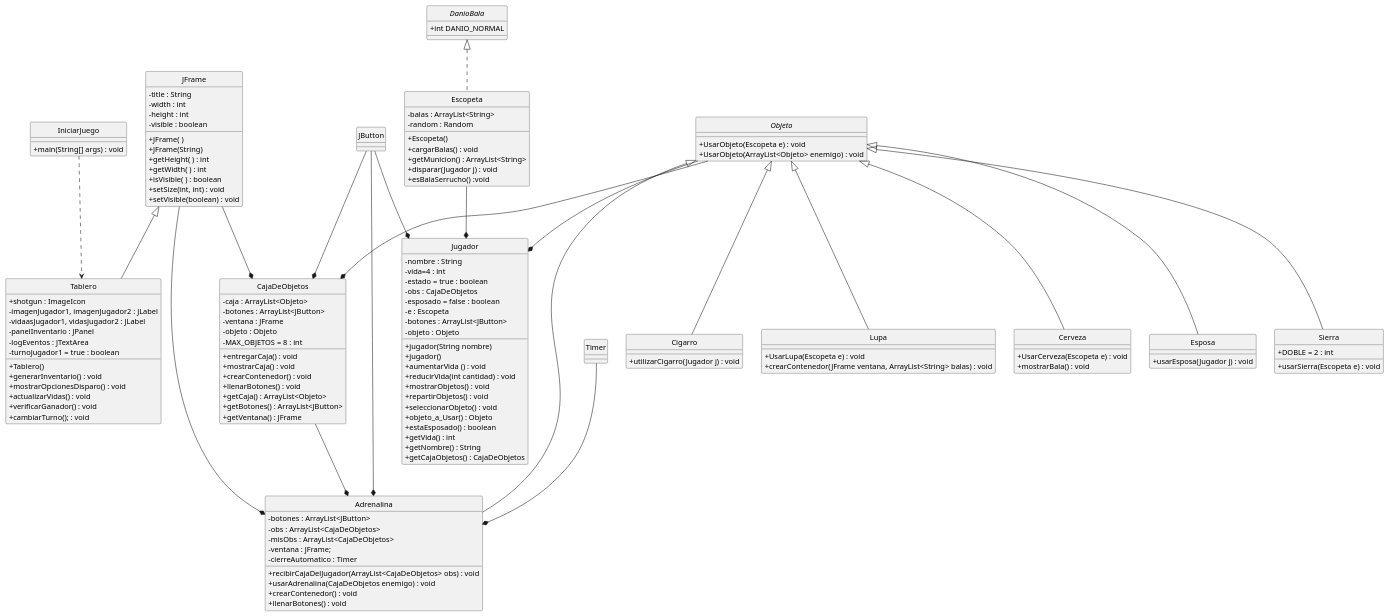
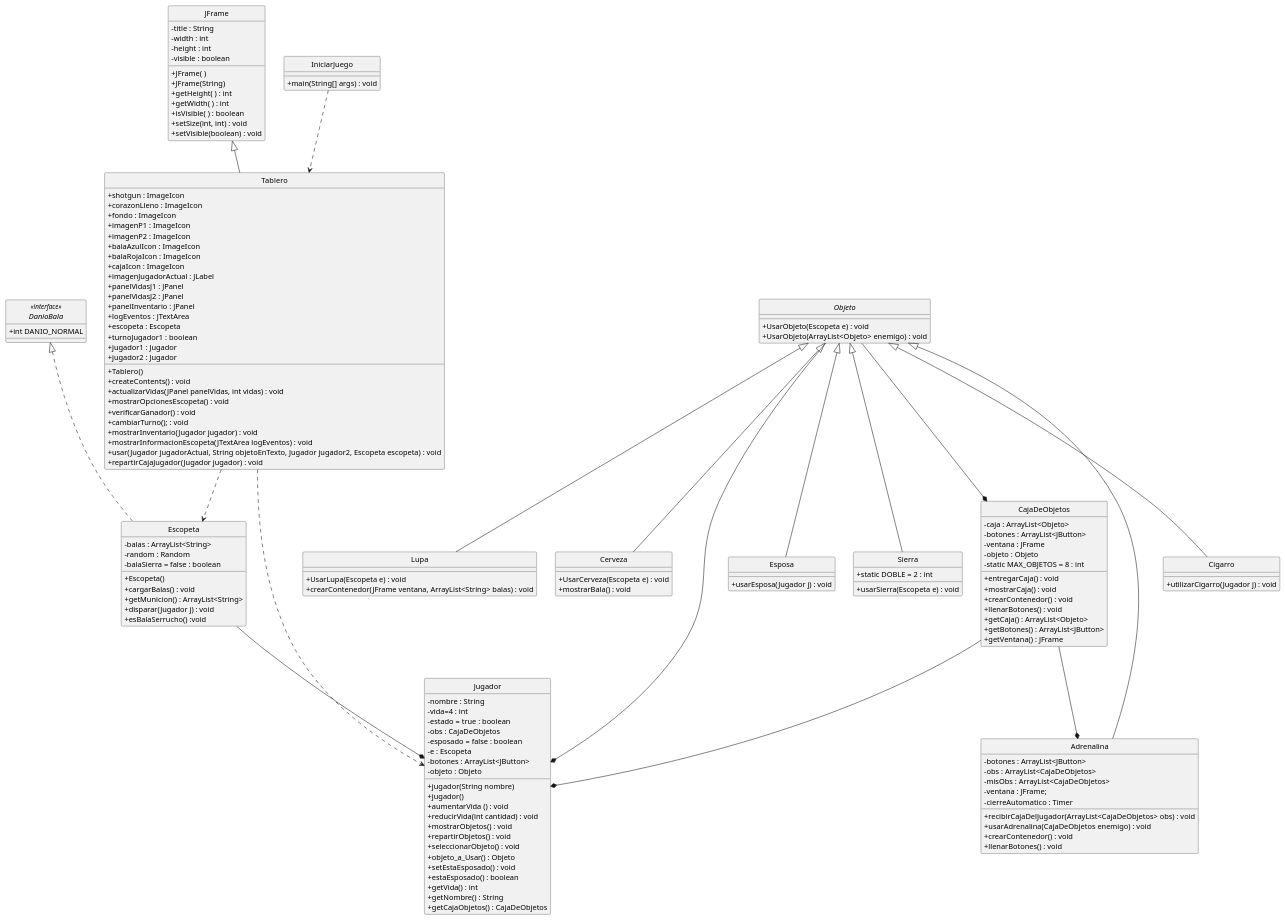
One commit to F4brici0L4yme/FP2-Final-Project changed the diagram in uml.puml. Above: the diagram before and after it, drawn with PlantUML. The commit also changed other lines of this file, not shown here.

Commit message:
codigo uml actualizado

```diff
--- a/uml.puml
+++ b/uml.puml
@@ -1,143 +1,157 @@
 @startuml
 skinparam classAttributeIconSize 0
 
 hide class circle
 hide interface circle
 hide abstract circle
 
 class JFrame {
     - title : String
     - width : int
     - height : int
     - visible : boolean
     + JFrame( )
     + JFrame(String)
     + getHeight( ) : int
     + getWidth( ) : int
     + isVisible( ) : boolean
     + setSize(int, int) : void
     + setVisible(boolean) : void
 }
 
 class Tablero extends JFrame {
     + shotgun : ImageIcon
-    - imagenJugador1, imagenJugador2 : JLabel
-    - vidaasJugador1, vidasJugador2 : JLabel
-    - panelInventario : JPanel
-    - logEventos : JTextArea
-    - turnoJugador1 = true : boolean
+    + corazonLleno : ImageIcon
+    + fondo : ImageIcon
+    + imagenP1 : ImageIcon
+    + imagenP2 : ImageIcon
+    + balaAzulIcon : ImageIcon
+    + balaRojaIcon : ImageIcon
+    + cajaIcon : ImageIcon
+    + imagenJugadorActual : JLabel
+    + panelVidasJ1 : JPanel
+    + panelVidasJ2 : JPanel
+    + panelInventario : JPanel
+    + logEventos : JTextArea
+    + escopeta : Escopeta
+    + turnoJugador1 : boolean
+    + jugador1 : Jugador
+    + jugador2 : Jugador
     + Tablero()
-    + generarInventario() : void
-    + mostrarOpcionesDisparo() : void
-    + actualizarVidas() : void
+    + createContents() : void
+    + actualizarVidas(JPanel panelVidas, int vidas) : void
+    + mostrarOpcionesEscopeta() : void
     + verificarGanador() : void
     + cambiarTurno(); : void
+    + mostrarInventario(Jugador jugador) : void
+    + mostrarInformacionEscopeta(JTextArea logEventos) : void
+    + usar(Jugador jugadorActual, String objetoEnTexto, Jugador jugador2, Escopeta escopeta) : void
+    + repartirCajaJugador(Jugador jugador) : void
 }
 
-interface DanioBala {
+interface DanioBala <<interface>> {
     +int DANIO_NORMAL
 }
 
 class Escopeta implements DanioBala {
     - balas : ArrayList<String>
     - random : Random
+    - balaSierra = false : boolean
     + Escopeta()
     + cargarBalas() : void
     + getMunicion() : ArrayList<String>
     + disparar(Jugador j) : void
     + esBalaSerrucho() :void
 }
 
 class Jugador{
     - nombre : String
     - vida=4 : int 
     - estado = true : boolean
     - obs : CajaDeObjetos
     - esposado = false : boolean
     - e : Escopeta
     - botones : ArrayList<JButton>
     - objeto : Objeto
     + jugador(String nombre)
     + jugador()
     + aumentarVida () : void
     + reducirVida(int cantidad) : void
     + mostrarObjetos() : void
     + repartirObjetos() : void
     + seleccionarObjeto() : void
     + objeto_a_Usar() : Objeto
+    + setEstaEsposado() : void
     + estaEsposado() : boolean
     + getVida() : int
     + getNombre() : String
     + getCajaObjetos() : CajaDeObjetos
 }
 
 abstract class Objeto {
     + UsarObjeto(Escopeta e) : void
     + UsarObjeto(ArrayList<Objeto> enemigo) : void
 }
 
 class Cigarro extends Objeto {
     + utilizarCigarro(Jugador j) : void
 }
 
 class Lupa extends Objeto {
     + UsarLupa(Escopeta e) : void
     + crearContenedor(JFrame ventana, ArrayList<String> balas) : void
 }
 
 class Cerveza extends Objeto {
     + UsarCerveza(Escopeta e) : void
     + mostrarBala() : void
 }
 
 class Adrenalina extends Objeto {
     - botones : ArrayList<JButton>
     - obs : ArrayList<CajaDeObjetos>
     - misObs : ArrayList<CajaDeObjetos>
     - ventana : JFrame;
     - cierreAutomatico : Timer
     + recibirCajaDelJugador(ArrayList<CajaDeObjetos> obs) : void
     + usarAdrenalina(CajaDeObjetos enemigo) : void
     + crearContenedor() : void
     + llenarBotones() : void
 }
 
 class Esposa extends Objeto {
     + usarEsposa(Jugador j) : void
 }
 
 class Sierra extends Objeto {
-    + DOBLE = 2 : int
+    + static DOBLE = 2 : int
     + usarSierra(Escopeta e) : void
 }
 
 class CajaDeObjetos {
     - caja : ArrayList<Objeto>
-	- botones : ArrayList<JButton>
-	- ventana : JFrame
-	- objeto : Objeto
-    - MAX_OBJETOS = 8 : int
+    - botones : ArrayList<JButton>
+    - ventana : JFrame
+    - objeto : Objeto
+    - static MAX_OBJETOS = 8 : int
     + entregarCaja() : void
     + mostrarCaja() : void
     + crearContenedor() : void
     + llenarBotones() : void
     + getCaja() : ArrayList<Objeto>
     + getBotones() : ArrayList<JButton>
     + getVentana() : JFrame
 }
 
 class IniciarJuego {
     + main(String[] args) : void
 }
 IniciarJuego ..> Tablero
+Tablero ..> Jugador
+Tablero ..> Escopeta
 Objeto --* Jugador
-JButton --* Jugador
+CajaDeObjetos --* Jugador
 Escopeta --* Jugador
 Objeto --* CajaDeObjetos
-JFrame --* CajaDeObjetos
-JButton --* CajaDeObjetos
-JButton --* Adrenalina
 CajaDeObjetos --* Adrenalina
-JFrame --* Adrenalina
-Timer --* Adrenalina
 @enduml
```
